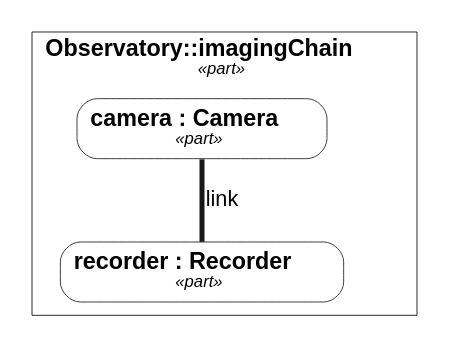
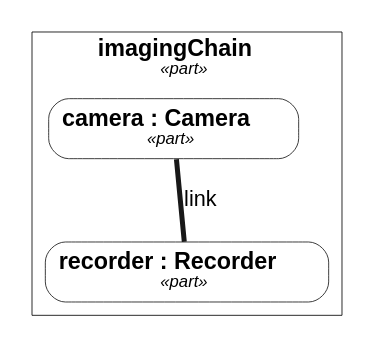
One commit to Open-MBEE/OpenSysML changed the first of 2 diagrams in internal/doc/docrender/testdata/telescope_report.dot.golden.md. Above: the diagram before and after it, drawn with Graphviz. The commit also changed other lines of this file and 52 other files, not shown here.

First line of the commit message:
fix(view): head graphical roots relative to their shared namespace, types by their own name

````diff
--- a/internal/doc/docrender/testdata/telescope_report.dot.golden.md
+++ b/internal/doc/docrender/testdata/telescope_report.dot.golden.md
@@ -83,20 +83,20 @@
 ```dot
 // view: Observatory::interconnectView
 // kind: interconnection
 // stated: render asInterconnectionDiagram
 // layout: dot
 digraph "Observatory::interconnectView" {
   graph [fontname="Helvetica"];
   node [shape=box, style=filled, fillcolor=white, color="#181818", fontname="Helvetica", fontsize=14, penwidth=0.5];
   edge [color="#181818", fontname="Helvetica", fontsize=13, penwidth=1];
   subgraph "cluster_n0" {
-    label=<<b>Observatory::imagingChain</b><br/><font point-size="10"><i>«part»</i></font>>;
+    label=<<b>imagingChain</b><br/><font point-size="10"><i>«part»</i></font>>;
     color=black;
     penwidth=0.5;
     "n0" [shape=point, style=invis, width=0, height=0, label=""];
     "n1" [style="rounded,filled", label=<<b>camera : Camera</b><br/><font point-size="10"><i>«part»</i></font>>];
     "n2" [style="rounded,filled", label=<<b>recorder : Recorder</b><br/><font point-size="10"><i>«part»</i></font>>];
   }
   "n1" -> "n2" [label="link", arrowhead=none, penwidth=3];
 }
 ```
````
